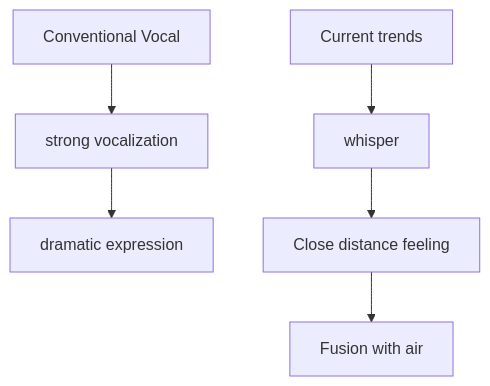
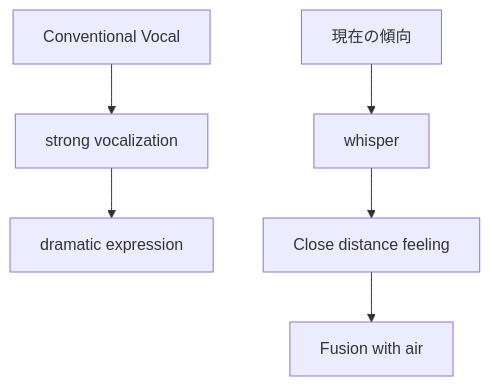
Diagram 12 of 17 in en/_posts/2026-05-24-column-k-pop-indie-electronica.md (monumental-movement/monumental-movement.github.io), drawn with Mermaid before and after one commit. The commit also changed other lines of this file and 2196 other files, not shown here.

```diff
--- a/en/_posts/2026-05-24-column-k-pop-indie-electronica.md
+++ b/en/_posts/2026-05-24-column-k-pop-indie-electronica.md
@@ -404,9 +404,9 @@
 <div class="mermaid">
 graph TD
 A["Conventional Vocal"] --> B["strong vocalization"]
 B --> C["dramatic expression"]
 
-D["Current trends"] --> E["whisper"]
+D["現在の傾向"] --> E["whisper"]
 E --> F["Close distance feeling"]
 F --> G["Fusion with air"]
 </div>
```
